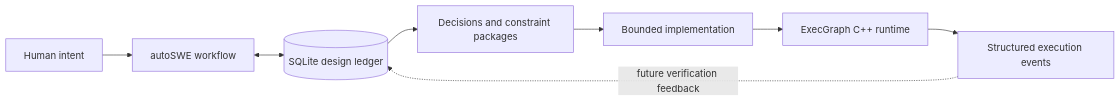
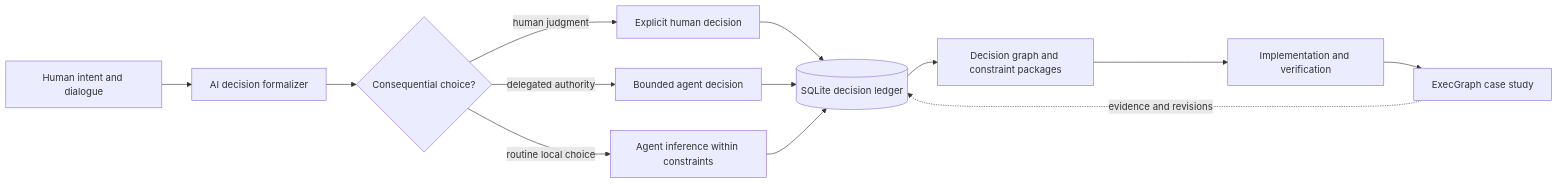
Before and after one commit to jimmyjordanSWE/execGraph: the first of 2 diagrams in README.md, drawn with Mermaid. The commit also changed other lines of this file, not shown here.

Commit message:
Reframe project around auditable AI decisions

````diff
--- a/README.md
+++ b/README.md
@@ -21,10 +40,15 @@
 ```mermaid
 flowchart LR
-    H["Human intent"] --> A["autoSWE workflow"]
-    A <--> D[("SQLite design ledger")]
-    D --> C["Decisions and constraint packages"]
-    C --> I["Bounded implementation"]
-    I --> E["ExecGraph C++ runtime"]
-    E --> R["Structured execution events"]
-    R -. "future verification feedback" .-> D
+    H["Human intent and dialogue"] --> A["AI decision formalizer"]
+    A --> B{"Consequential choice?"}
+    B -->|"human judgment"| U["Explicit human decision"]
+    B -->|"delegated authority"| G["Bounded agent decision"]
+    B -->|"routine local choice"| L["Agent inference within constraints"]
+    U --> D[("SQLite decision ledger")]
+    G --> D
+    L --> D
+    D --> C["Decision graph and constraint packages"]
+    C --> I["Implementation and verification"]
+    I --> E["ExecGraph case study"]
+    E -. "evidence and revisions" .-> D
 ```
````
